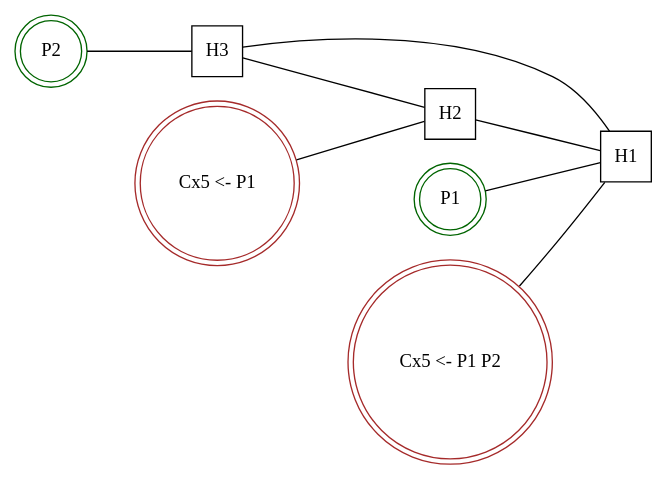
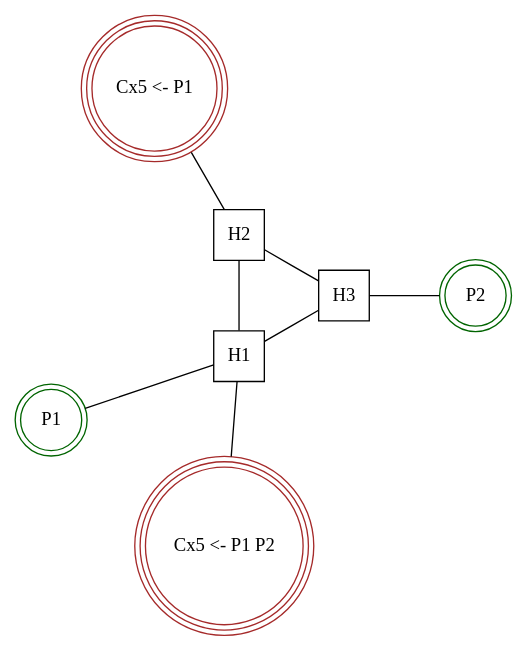
Before and after one commit to peetonn/scalability-tests: the diagram in topology.dot, drawn with Graphviz.

Commit message:
updated toplogy.dot file

```diff
--- a/topology.dot
+++ b/topology.dot
@@ -1,36 +1,36 @@
 digraph finite_state_machine {
-	rankdir=LR;
-	size="8,5"
+	layout="circo"
 	edge [ arrowhead=none ];
 
 	subgraph hubs { // all hubs should be listed here
 		// hub nodes should follow format H + index 
+		rank=min
 		node [shape = square];
-		H1 H2 H3
+		H1; H2; H3;
 		
 		H2 -> H1
 		H3 -> H1
 		H3 -> H2
 	}
 
 	subgraph producers { // all producers are listed here
 		// producer nodes should follow format P + index
-		node [shape = doublecircle, color = darkgreen];
-		P1 P2
+		node [shape = doublecircle, color = darkgreen, rank = 2];
+		P1; P2;
 
 		P1 -> H1
 		P2 -> H3
 	}
 
 	subgraph consumers { // all consumer clusters are lister here
 		// consumer cluster nodes should follow format C + index
 		// the label for consumer cluster should follow format:
 		// 		Cx<number of consumers> <- <producer id> [<producer id>, ...]
-		node [shape = doublecircle, color = brown];
+		node [shape = circle, peripheries=3, color = brown, width=1];
 		C1 [label = "Cx5 <- P1"]
 		C2 [label = "Cx5 <- P1 P2"]
 
 		C1 -> H2 
 		C2 -> H1 
 	}
 }
```
